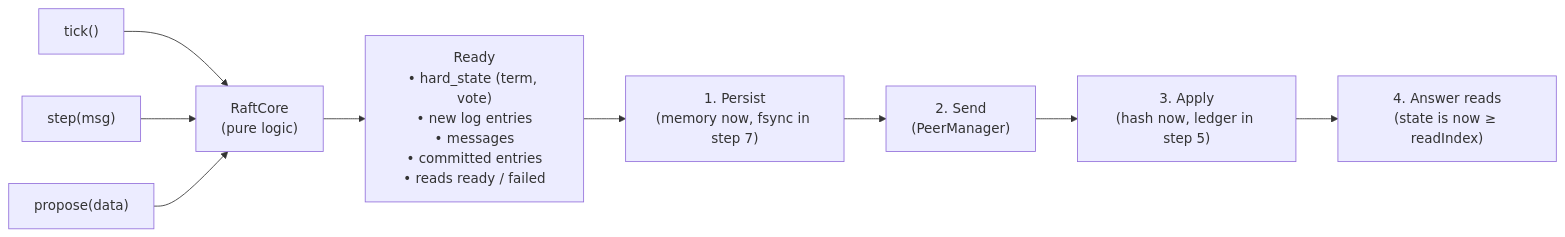
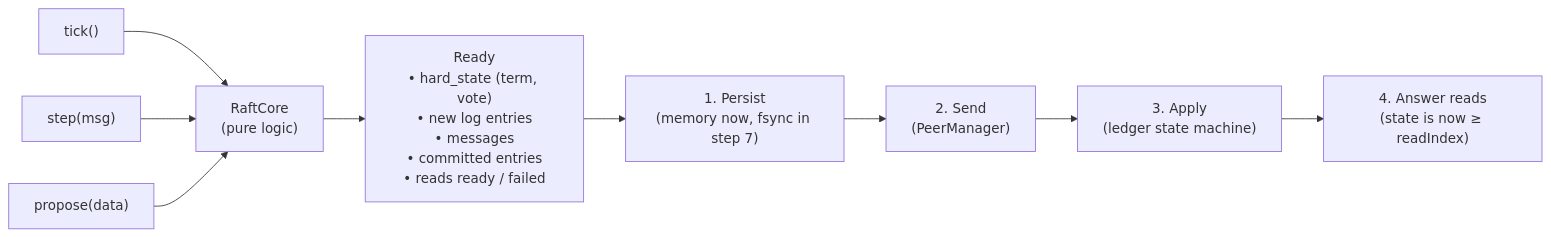
One commit to D1vyanshu1/QuorumPay changed the fifth of 12 diagrams in progress.md. Above: the diagram before and after it, drawn with Mermaid. The commit also changed other lines of this file and 40 other files, not shown here.

````diff
--- a/progress.md
+++ b/progress.md
@@ -184,11 +190,11 @@
 ```mermaid
 flowchart LR
     I1["tick()"] --> C
     I2["step(msg)"] --> C
     I3["propose(data)"] --> C
     C["RaftCore<br/>(pure logic)"] --> R["Ready<br/>• hard_state (term, vote)<br/>• new log entries<br/>• messages<br/>• committed entries<br/>• reads ready / failed"]
     R --> P["1. Persist<br/>(memory now, fsync in step 7)"]
     P --> S["2. Send<br/>(PeerManager)"]
-    S --> A["3. Apply<br/>(hash now, ledger in step 5)"]
+    S --> A["3. Apply<br/>(ledger state machine)"]
     A --> RD["4. Answer reads<br/>(state is now ≥ readIndex)"]
 ```
````
